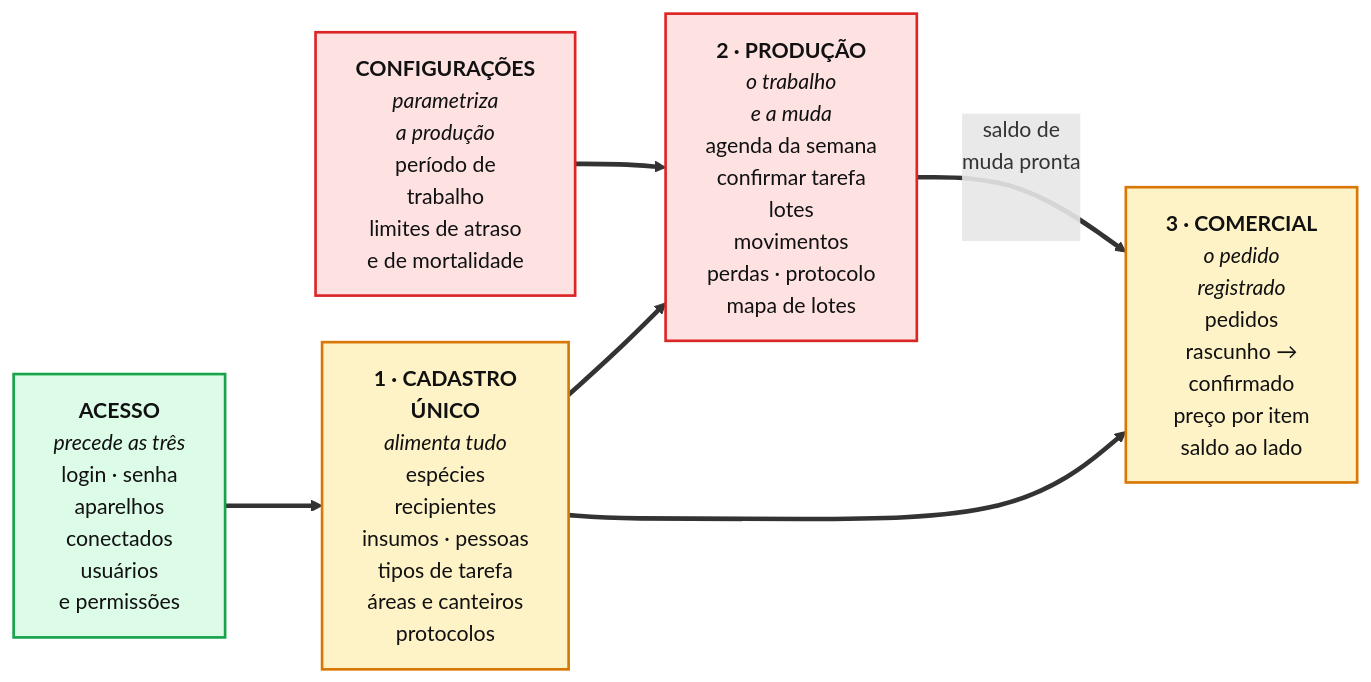
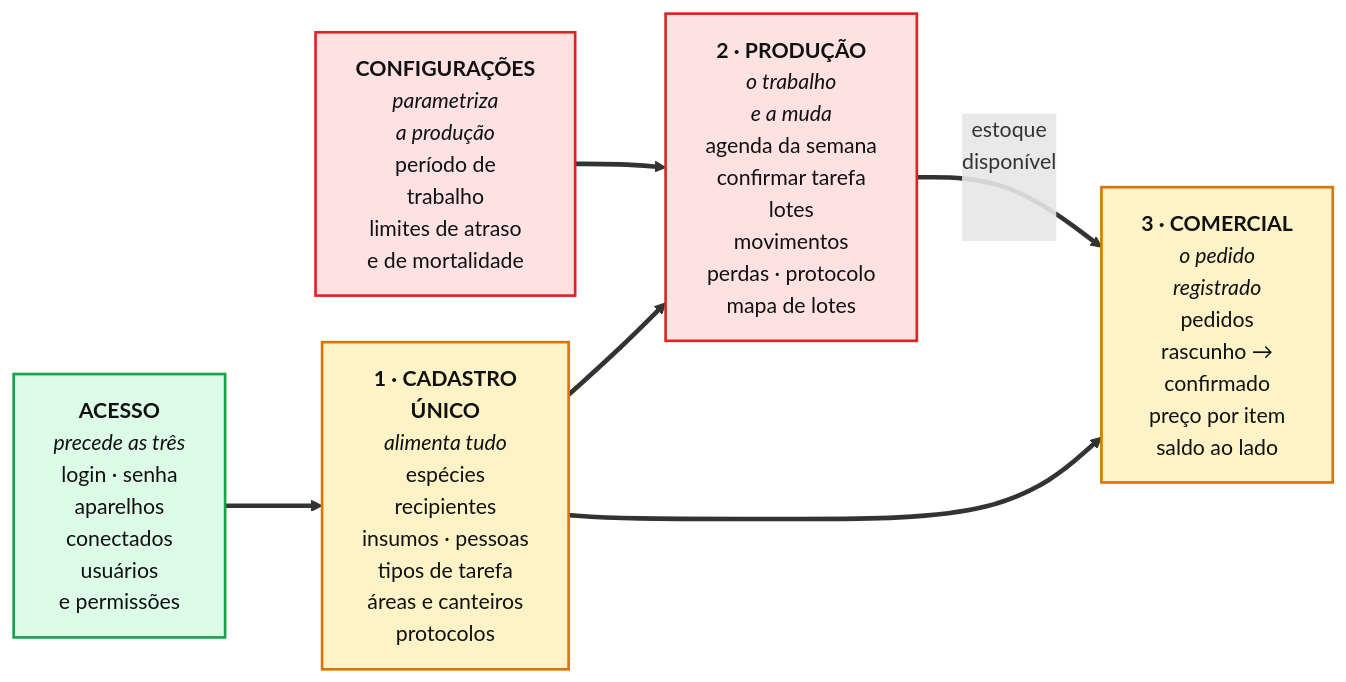
Before and after one commit to JoaoMudar/tcc: the diagram in docs/rotinas/img/mapa-sistema-v2.mmd, drawn with Mermaid. The commit also changed 56 other files, not shown here.

First line of the commit message:
docs: estoque disponível, altura do lote e pedem providência

```diff
--- a/docs/rotinas/img/mapa-sistema-v2.mmd
+++ b/docs/rotinas/img/mapa-sistema-v2.mmd
@@ -1,52 +1,52 @@
 %% Mapa consolidado: TRES areas de negocio, com Acesso e Configuracoes transversais.
 %% Fonte unica da taxonomia, espelhada nos artefatos de engenharia.
 %% Este mapa e de nivel de area de proposito: o que tem dentro de cada uma esta
 %% em mapa-1-cadastros, mapa-2-producao e mapa-3-comercial.
 %% ---
 %% Sem legenda dentro da figura: a chave de leitura e o paragrafo "Como ler o status"
 %% logo abaixo dela em 00-mapa-de-rotinas.md.
 %% ---
 %% Em LR e em quatro niveis. Em TD a figura era uma coluna alta, e o Acesso mandava
 %% uma seta para cada uma das tres areas: tres arcos longos passando por cima das
 %% caixas do meio, que e o emaranhado que a versao anterior tinha. Agora o Acesso
 %% entra uma vez, na porta da fila, e a frase dentro do no diz o que a seta deixou
 %% de dizer, que ele precede as tres. As Configuracoes ficam ao lado do Cadastro,
 %% de onde alcancam a Producao com uma seta curta. Sobra um unico atalho,
 %% Cadastro -> Comercial, que passa por baixo.
 %% ---
 %% As fracoes de etapa com tela sairam dos nos, como no mapa-4-areas: quem quiser o
 %% numero le a tabela de etapas da area em 00-mapa-de-rotinas.md. O `&nbsp;` no fim
 %% do rotulo da seta empurra o texto para cima da curva, senao a linha risca a
 %% palavra "pronta".
 %%{init: {'flowchart': {'rankSpacing': 68, 'nodeSpacing': 35, 'curve': 'basis'}}}%%
 flowchart LR
   ACC["<b>ACESSO</b><br/><i>precede as três</i><br/>login · senha<br/>aparelhos<br/>conectados<br/>usuários<br/>e permissões"]
 
   CFG["<b>CONFIGURAÇÕES</b><br/><i>parametriza</i><br/><i>a produção</i><br/>período de<br/>trabalho<br/>limites de atraso<br/>e de mortalidade"]
 
   CAD["<b>1 · CADASTRO</b><br/><b>ÚNICO</b><br/><i>alimenta tudo</i><br/>espécies<br/>recipientes<br/>insumos · pessoas<br/>tipos de tarefa<br/>áreas e canteiros<br/>protocolos"]
 
   PRO["<b>2 · PRODUÇÃO</b><br/><i>o trabalho</i><br/><i>e a muda</i><br/>agenda da semana<br/>confirmar tarefa<br/>lotes<br/>movimentos<br/>perdas · protocolo<br/>mapa de lotes"]
 
   COM["<b>3 · COMERCIAL</b><br/><i>o pedido</i><br/><i>registrado</i><br/>pedidos<br/>rascunho →<br/>confirmado<br/>preço por item<br/>saldo ao lado"]
 
   %% O Acesso precede as tres areas, e por isso entra na porta da fila.
   ACC ==> CAD
 
   %% As Configuracoes so alimentam a Producao: turno para a agenda, limites para o mapa.
   CFG ==> PRO
 
   %% O Cadastro unico alimenta as duas outras e nao consome nada.
   CAD ==> PRO
   CAD ==> COM
 
   %% A UNICA aresta entre Producao e Comercial, e ela e de leitura.
-  PRO ==>|"saldo de<br/>muda pronta<br/>&nbsp;<br/>&nbsp;"| COM
+  PRO ==>|"estoque<br/>disponível<br/>&nbsp;<br/>&nbsp;"| COM
 
   classDef ok fill:#dcfce7,stroke:#16a34a,stroke-width:2px,color:#111
   classDef meio fill:#fef3c7,stroke:#d97706,stroke-width:2px,color:#111
   classDef falta fill:#fee2e2,stroke:#dc2626,stroke-width:2px,color:#111
 
   class ACC ok
   class CAD,COM meio
   class PRO,CFG falta
```
